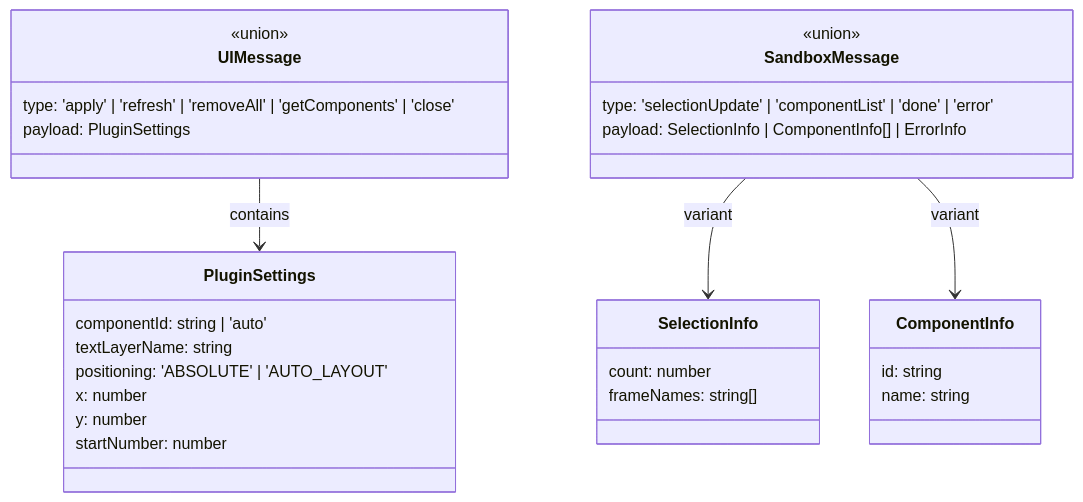
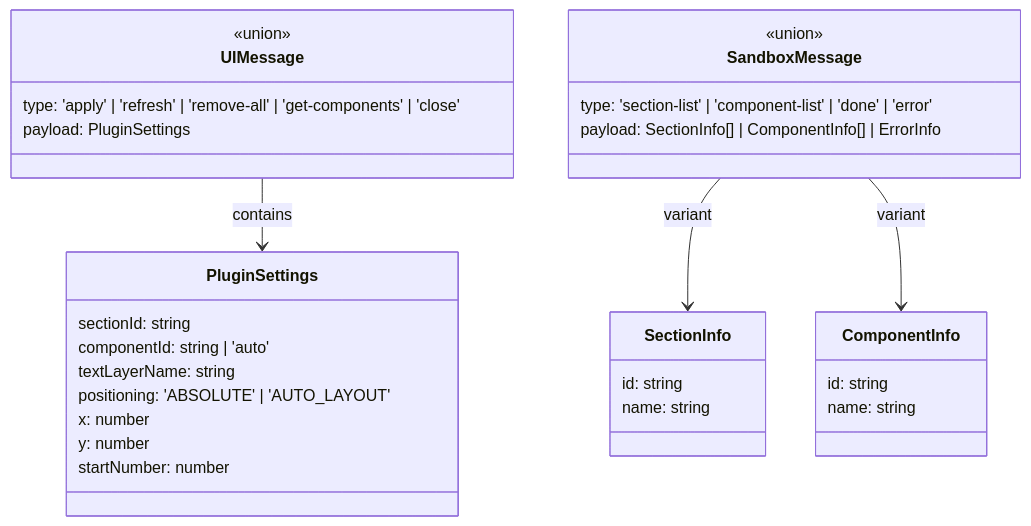
Before and after one commit to c-jeongyyun/page-stamp: the fifth of 5 diagrams in docs/architecture.md, drawn with Mermaid. The commit also changed other lines of this file and 12 other files, not shown here.

````diff
--- a/docs/architecture.md
+++ b/docs/architecture.md
@@ -182,37 +195,38 @@
 ```mermaid
 classDiagram
     class PluginSettings {
+        sectionId: string
         componentId: string | 'auto'
         textLayerName: string
         positioning: 'ABSOLUTE' | 'AUTO_LAYOUT'
         x: number
         y: number
         startNumber: number
     }
 
     class UIMessage {
         <<union>>
-        type: 'apply' | 'refresh' | 'removeAll' | 'getComponents' | 'close'
+        type: 'apply' | 'refresh' | 'remove-all' | 'get-components' | 'close'
         payload: PluginSettings
     }
 
     class SandboxMessage {
         <<union>>
-        type: 'selectionUpdate' | 'componentList' | 'done' | 'error'
-        payload: SelectionInfo | ComponentInfo[] | ErrorInfo
+        type: 'section-list' | 'component-list' | 'done' | 'error'
+        payload: SectionInfo[] | ComponentInfo[] | ErrorInfo
     }
 
-    class SelectionInfo {
-        count: number
-        frameNames: string[]
+    class SectionInfo {
+        id: string
+        name: string
     }
 
     class ComponentInfo {
         id: string
         name: string
     }
 
     UIMessage --> PluginSettings : contains
-    SandboxMessage --> SelectionInfo : variant
+    SandboxMessage --> SectionInfo : variant
     SandboxMessage --> ComponentInfo : variant
 ```
````
